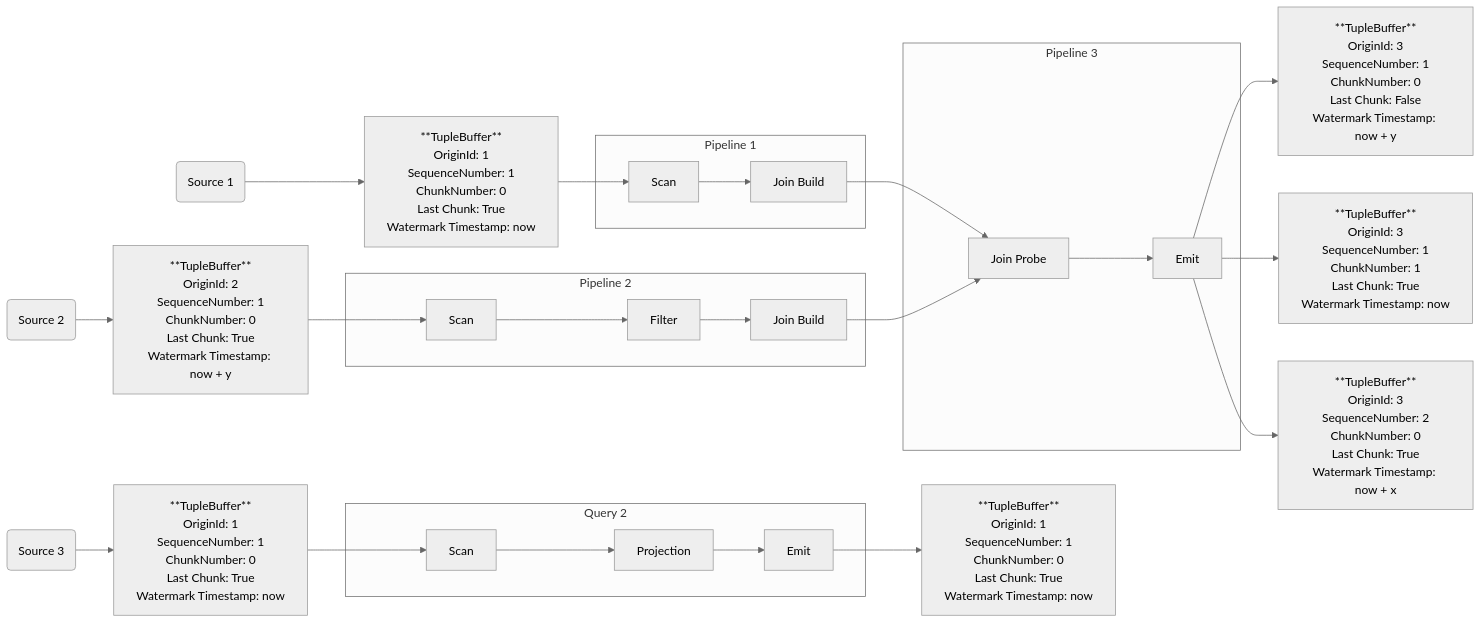
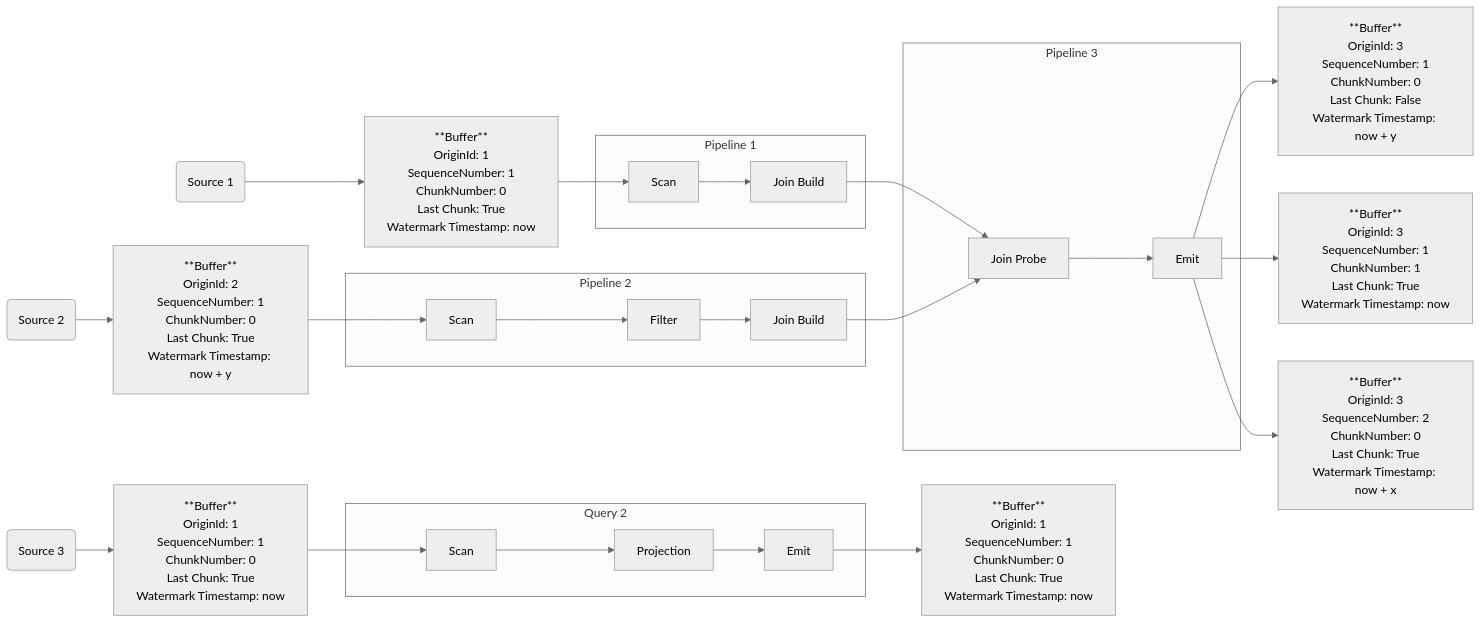
One commit to nebulastream/nebulastream changed the diagram in docs/technical/watermarking_progress_window_triggering.md. Above: the diagram before and after it, drawn with Mermaid (neutral theme). The commit also changed 222 other files, not shown here.

````diff
--- a/docs/technical/watermarking_progress_window_triggering.md
+++ b/docs/technical/watermarking_progress_window_triggering.md
@@ -18,42 +18,42 @@
 ```mermaid
 graph LR
 %% Query 1
 %% Define sources
-    A(Source 1) --> B1["**TupleBuffer**<br>OriginId: 1<br>SequenceNumber: 1<br>ChunkNumber: 0<br>Last Chunk: True<br>Watermark Timestamp: now"]
-    D(Source 2) --> B2["**TupleBuffer**<br>OriginId: 2<br>SequenceNumber: 1<br>ChunkNumber: 0<br>Last Chunk: True<br>Watermark Timestamp: now + y"]
+    A(Source 1) --> B1["**Buffer**<br>OriginId: 1<br>SequenceNumber: 1<br>ChunkNumber: 0<br>Last Chunk: True<br>Watermark Timestamp: now"]
+    D(Source 2) --> B2["**Buffer**<br>OriginId: 2<br>SequenceNumber: 1<br>ChunkNumber: 0<br>Last Chunk: True<br>Watermark Timestamp: now + y"]
 
 %% Pipeline 1
     subgraph Pipeline 1
         scan1[Scan] --> join_build1[Join Build]
     end
 
 %% Pipeline 2
     subgraph Pipeline 2
         scan2[Scan] --> filter[Filter]
         filter --> join_build2[Join Build]
     end
 
 %% Pipeline 3
     subgraph Pipeline 3
         join_probe --> emit[Emit]
     end
 
 %% Connections outside subgraphs
     B1 --> scan1
     B2 --> scan2
     join_build1 --> join_probe[Join Probe]
     join_build2 --> join_probe
-    emit --> C2["**TupleBuffer**<br>OriginId: 3<br>SequenceNumber: 1<br>ChunkNumber: 0<br>Last Chunk: False<br>Watermark Timestamp: now + y"]
-    emit --> C3["**TupleBuffer**<br>OriginId: 3<br>SequenceNumber: 1<br>ChunkNumber: 1<br>Last Chunk: True<br>Watermark Timestamp: now"]
-    emit --> C1["**TupleBuffer**<br>OriginId: 3<br>SequenceNumber: 2<br>ChunkNumber: 0<br>Last Chunk: True<br>Watermark Timestamp: now + x"]
+    emit --> C2["**Buffer**<br>OriginId: 3<br>SequenceNumber: 1<br>ChunkNumber: 0<br>Last Chunk: False<br>Watermark Timestamp: now + y"]
+    emit --> C3["**Buffer**<br>OriginId: 3<br>SequenceNumber: 1<br>ChunkNumber: 1<br>Last Chunk: True<br>Watermark Timestamp: now"]
+    emit --> C1["**Buffer**<br>OriginId: 3<br>SequenceNumber: 2<br>ChunkNumber: 0<br>Last Chunk: True<br>Watermark Timestamp: now + x"]
 
-    emit2 --> C4["**TupleBuffer**<br>OriginId: 1<br>SequenceNumber: 1<br>ChunkNumber: 0<br>Last Chunk: True<br>Watermark Timestamp: now"]
-    G(Source 3) --> E["**TupleBuffer**<br>OriginId: 1<br>SequenceNumber: 1<br>ChunkNumber: 0<br>Last Chunk: True<br>Watermark Timestamp: now"]
+    emit2 --> C4["**Buffer**<br>OriginId: 1<br>SequenceNumber: 1<br>ChunkNumber: 0<br>Last Chunk: True<br>Watermark Timestamp: now"]
+    G(Source 3) --> E["**Buffer**<br>OriginId: 1<br>SequenceNumber: 1<br>ChunkNumber: 0<br>Last Chunk: True<br>Watermark Timestamp: now"]
     E-->scan3
 
 %% Query 2
     subgraph Query 2
         scan3[Scan] --> map[Projection]
         map --> emit2[Emit]
     end
 ```
````
